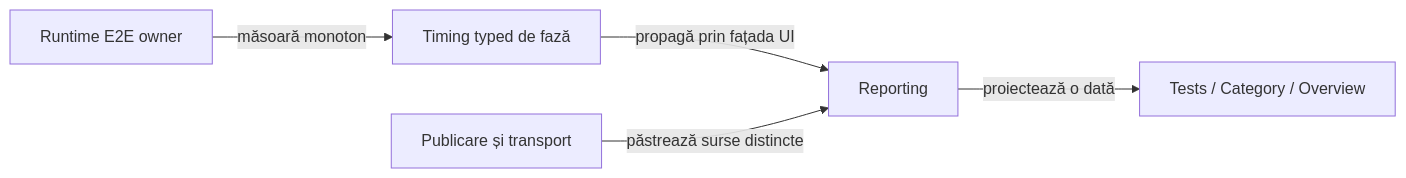
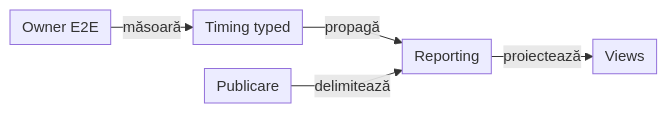
One commit to crististefanita/atf_j0 changed the diagram in docs/feedback/ATF_Reporting_Feedback.md. Above: the diagram before and after it, drawn with Mermaid. The commit also changed other lines of this file and 97 other files, not shown here.

````diff
--- a/docs/feedback/ATF_Reporting_Feedback.md
+++ b/docs/feedback/ATF_Reporting_Feedback.md
@@ -75,7 +65,8 @@
 ```mermaid
+%%{init: {"themeVariables":{"fontSize":"15px"},"themeCSS":".nodeLabel, .nodeLabel p { font-size: 15px !important; line-height: 1.35 !important; } .edgeLabel, .edgeLabel p { font-size: 12px !important; font-weight: 400 !important; line-height: 1.2 !important; } .edgeLabel .labelBkg, .edgeLabel p { background: transparent !important; } .edgeLabel foreignObject { transform: translateY(-18px); overflow: visible; } .node rect { rx: 6px; ry: 6px; }","flowchart":{"curve":"linear","nodeSpacing":24,"rankSpacing":24,"padding":6,"diagramPadding":20}}}%%
 flowchart LR
-    Runtime["Runtime E2E owner"] -->|măsoară monoton| Timing["Timing typed de fază"]
-    Timing -->|propagă prin fațada UI| Report["Reporting"]
-    Report -->|proiectează o dată| Views["Tests / Category / Overview"]
-    Publish["Publicare și transport"] -->|păstrează surse distincte| Report
+    Runtime["Owner E2E"] -->|măsoară| Timing["Timing typed"]
+    Timing -->|propagă| Report["Reporting"]
+    Report -->|proiectează| Views["Views"]
+    Publish["Publicare"] -->|delimitează| Report
 ```
````
